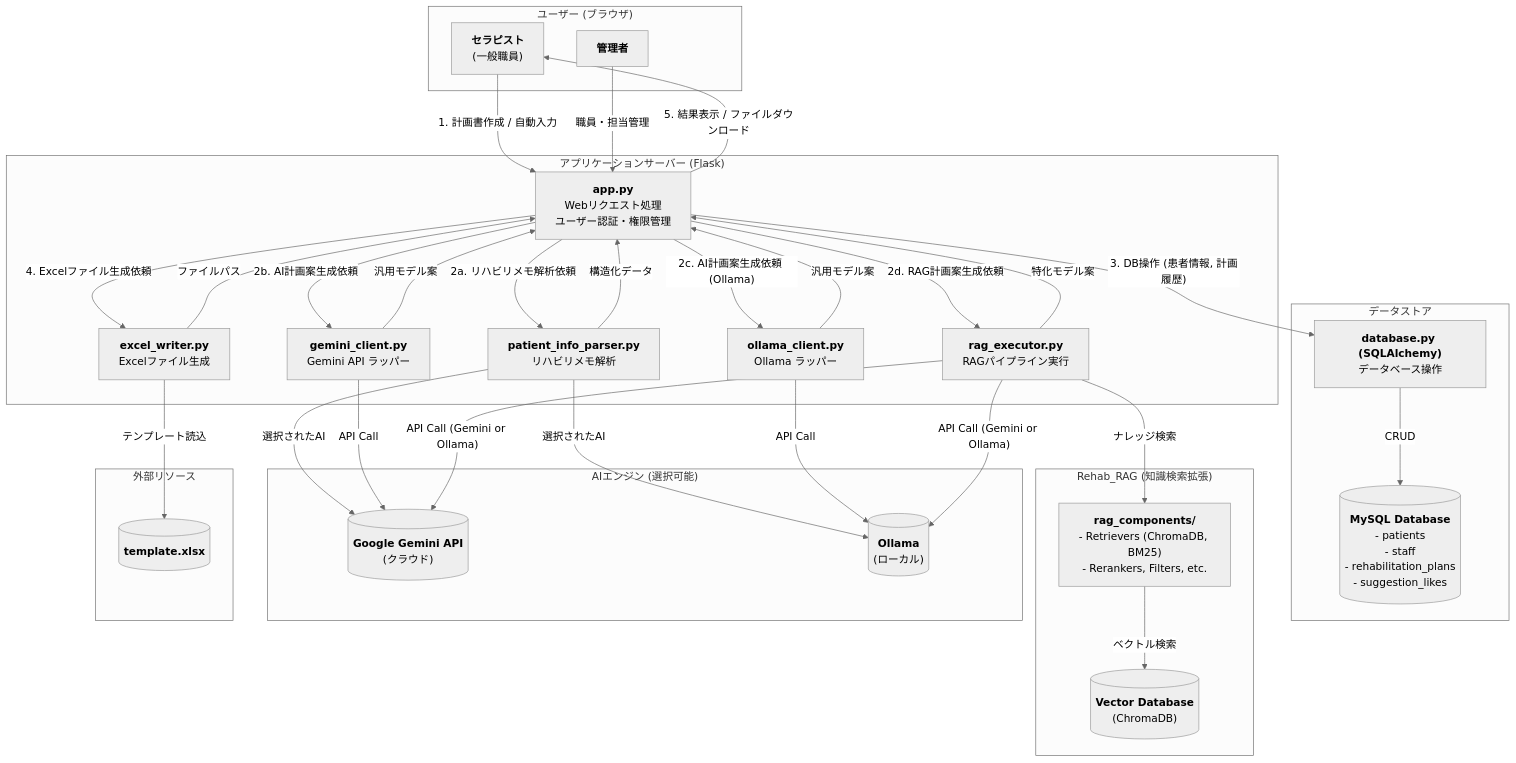
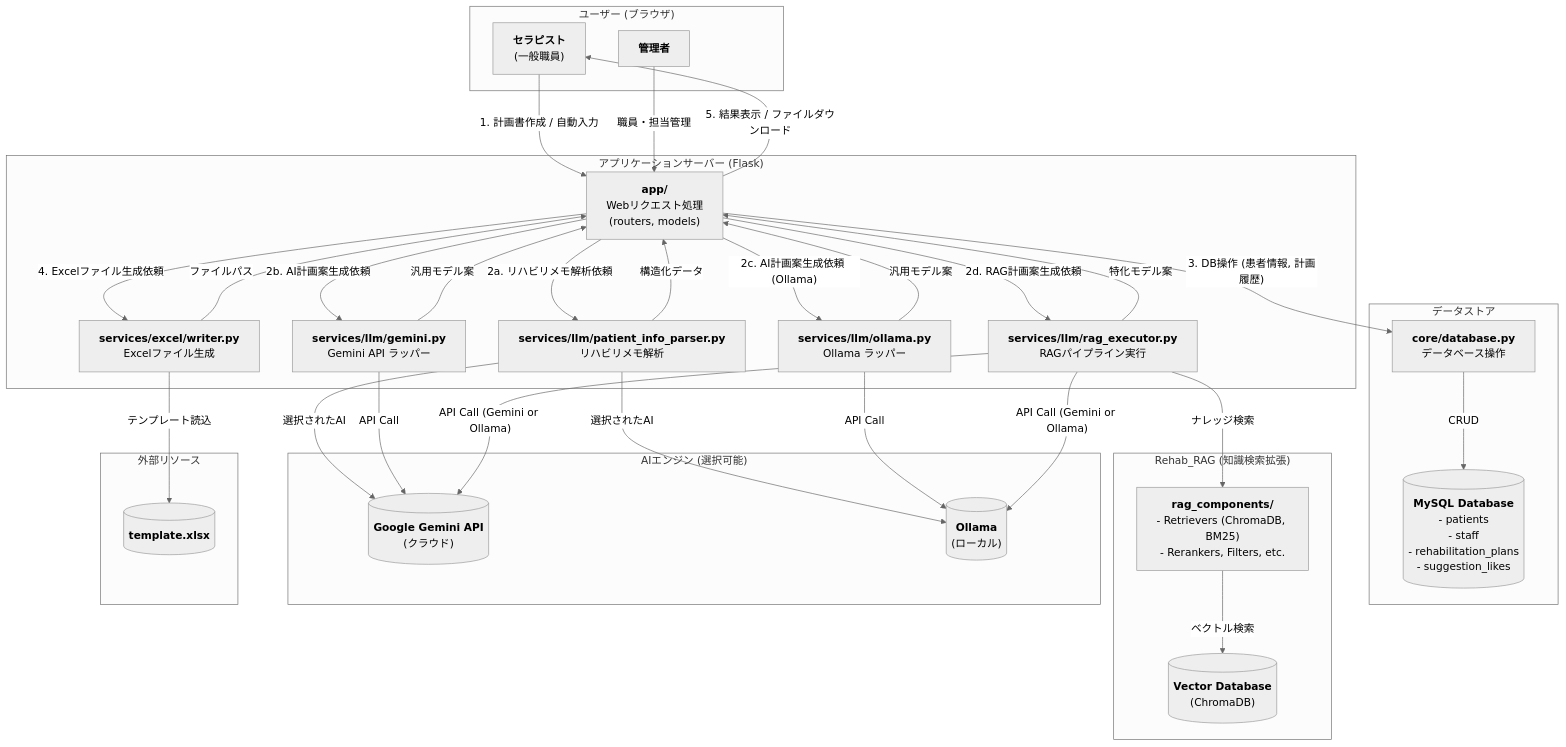
The diagram in README.md (YouSayH/kcr_Rehab-Plan-Generator), drawn with Mermaid (neutral theme) before and after one commit. The commit also changed other lines of this file, not shown here.

````diff
--- a/README.md
+++ b/README.md
@@ -65,69 +61,69 @@
 ```mermaid
 graph TD
     subgraph "ユーザー (ブラウザ)"
         U_Staff["<b>セラピスト</b><br/>(一般職員)"]
         U_Admin["<b>管理者</b>"]
     end
 
     subgraph "アプリケーションサーバー (Flask)"
-        App["<b>app.py</b><br/>Webリクエスト処理<br/>ユーザー認証・権限管理"]
-        Parser["<b>patient_info_parser.py</b><br/>リハビリメモ解析"]
-        Gemini["<b>gemini_client.py</b><br/>Gemini API ラッパー"]
-        Ollama["<b>ollama_client.py</b><br/>Ollama ラッパー"]
-        RAG["<b>rag_executor.py</b><br/>RAGパイプライン実行"]
-        Excel["<b>excel_writer.py</b><br/>Excelファイル生成"]
+        App["<b>app/</b><br/>Webリクエスト処理<br/>(routers, models)"]
+        Parser["<b>services/llm/patient_info_parser.py</b><br/>リハビリメモ解析"]
+        Gemini["<b>services/llm/gemini.py</b><br/>Gemini API ラッパー"]
+        Ollama["<b>services/llm/ollama.py</b><br/>Ollama ラッパー"]
+        RAG["<b>services/llm/rag_executor.py</b><br/>RAGパイプライン実行"]
+        Excel["<b>services/excel/writer.py</b><br/>Excelファイル生成"]
     end
 
     subgraph "データストア"
-        DB["<b>database.py (SQLAlchemy)</b><br/>データベース操作"]
+        DB["<b>core/database.py</b><br/>データベース操作"]
         MySQL[("<b>MySQL Database</b><br/>- patients<br/>- staff<br/>- rehabilitation_plans<br/>- suggestion_likes")]
     end
 
     subgraph "Rehab_RAG (知識検索拡張)"
         RAG_Components["<b>rag_components/</b><br/>- Retrievers (ChromaDB, BM25)<br/>- Rerankers, Filters, etc."]
         VectorDB[("<b>Vector Database</b><br/>(ChromaDB)")]
     end
 
     subgraph "AIエンジン (選択可能)"
         GeminiAPI[("<b>Google Gemini API</b><br/>(クラウド)")]
         OllamaLocal[("<b>Ollama</b><br/>(ローカル)")]
     end
 
     subgraph "外部リソース"
         Template[("<b>template.xlsx</b>")]
     end
 
     %% --- フロー ---
     U_Staff -- "1. 計画書作成 / 自動入力" --> App
     U_Admin -- "職員・担当管理" --> App
 
     App -- "2a. リハビリメモ解析依頼" --> Parser
     Parser -- "選択されたAI" --> GeminiAPI
     Parser -- "選択されたAI" --> OllamaLocal
     Parser -- "構造化データ" --> App
 
     App -- "2b. AI計画案生成依頼" --> Gemini
     App -- "2c. AI計画案生成依頼 (Ollama)" --> Ollama
     App -- "2d. RAG計画案生成依頼" --> RAG
 
     Gemini -- "API Call" --> GeminiAPI
     Gemini -- "汎用モデル案" --> App
 
     Ollama -- "API Call" --> OllamaLocal
     Ollama -- "汎用モデル案" --> App
 
     RAG -- "ナレッジ検索" --> RAG_Components
     RAG_Components -- "ベクトル検索" --> VectorDB
     RAG -- "API Call (Gemini or Ollama)" --> GeminiAPI
     RAG -- "API Call (Gemini or Ollama)" --> OllamaLocal
     RAG -- "特化モデル案" --> App
 
     App -- "3. DB操作 (患者情報, 計画履歴)" --> DB
     DB -- "CRUD" --> MySQL
 
     App -- "4. Excelファイル生成依頼" --> Excel
     Excel -- "テンプレート読込" --> Template
     Excel -- "ファイルパス" --> App
 
     App -- "5. 結果表示 / ファイルダウンロード" --> U_Staff
 ```
````
